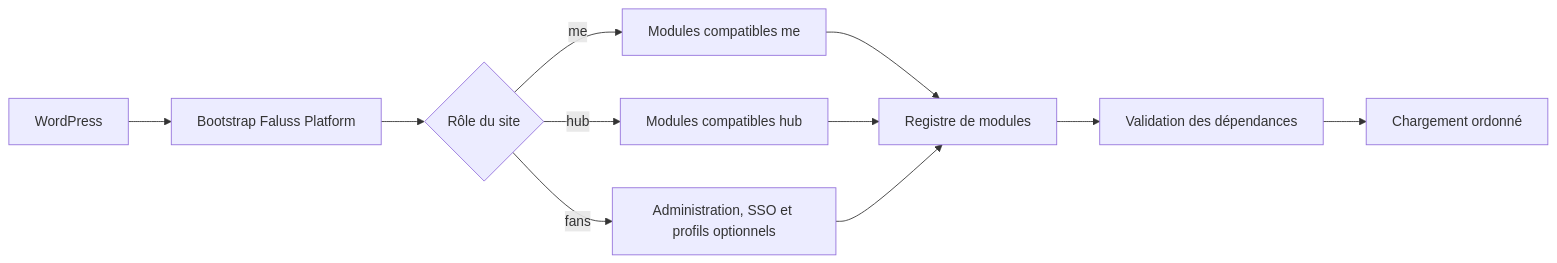
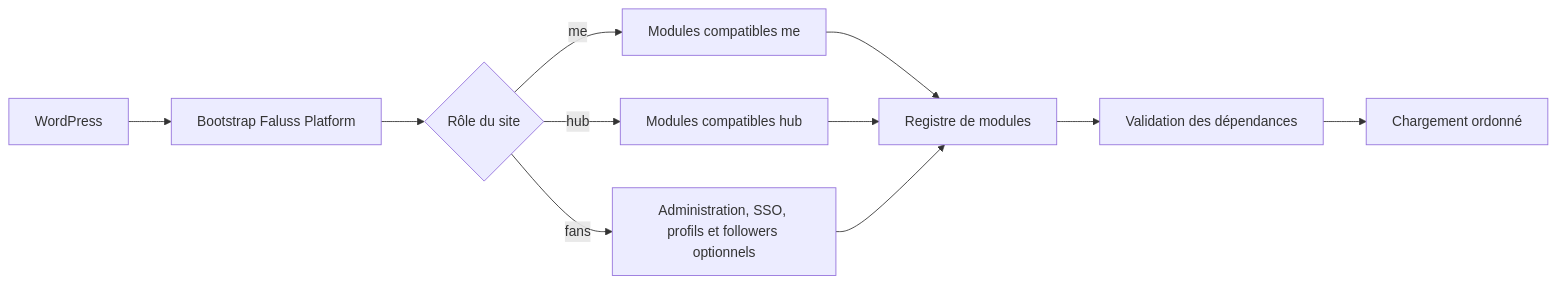
Before and after one commit to Alternative-LAB/faluss-platform: the diagram in docs/ARCHITECTURE.md, drawn with Mermaid. The commit also changed other lines of this file and 13 other files, not shown here.

````diff
--- a/docs/ARCHITECTURE.md
+++ b/docs/ARCHITECTURE.md
@@ -5,13 +5,13 @@
 ```mermaid
 flowchart LR
     WP[WordPress] --> Bootstrap[Bootstrap Faluss Platform]
     Bootstrap --> Role{Rôle du site}
     Role -->|me| Me[Modules compatibles me]
     Role -->|hub| Hub[Modules compatibles hub]
-    Role -->|fans| Fans[Administration, SSO et profils optionnels]
+    Role -->|fans| Fans[Administration, SSO, profils et followers optionnels]
     Me --> Registry[Registre de modules]
     Hub --> Registry
     Fans --> Registry
     Registry --> Checks[Validation des dépendances]
     Checks --> Boot[Chargement ordonné]
 ```
````
